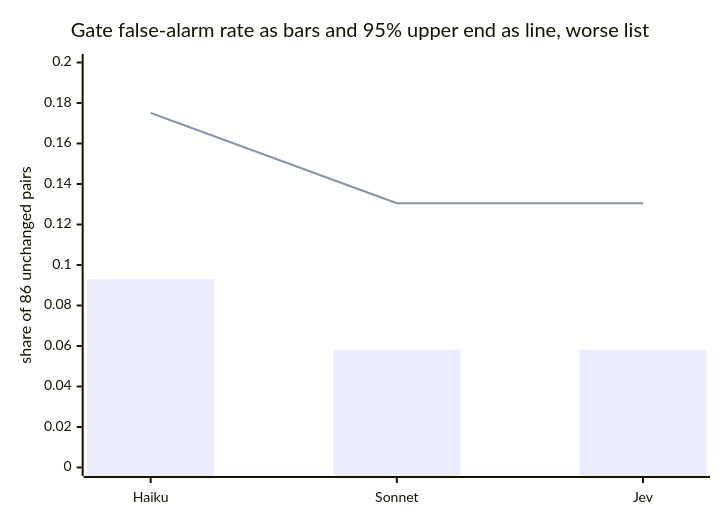
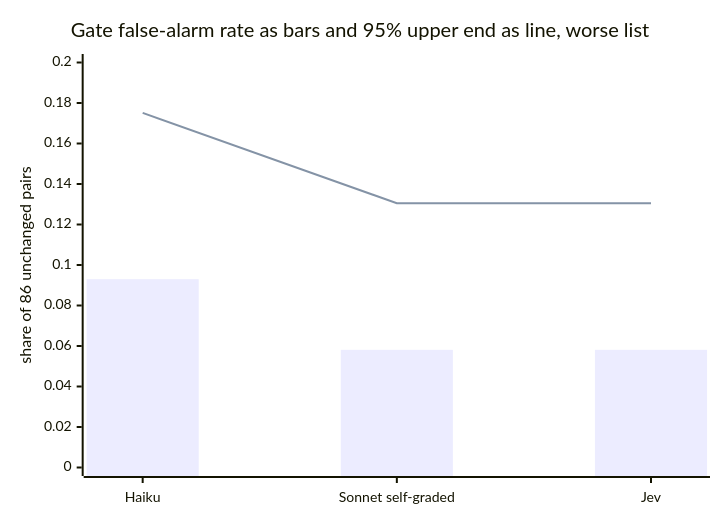
The third of 8 diagrams in src/rnd/v0.2.2/2026.09.30-lupin-af-documentation-rewrite-plan/2026.10.01-claim-judge-comparison-jev-haiku-sonnet.md (deepily/lupin), drawn with Mermaid before and after one commit. The commit also changed other lines of this file, not shown here.

First line of the commit message:
[LUPIN] Row 0fc47c13: judge comparison report, Tiberius's conditions (self-grading disclosure, R.2, five edits)

````diff
--- a/src/rnd/v0.2.2/2026.09.30-lupin-af-documentation-rewrite-plan/2026.10.01-claim-judge-comparison-jev-haiku-sonnet.md
+++ b/src/rnd/v0.2.2/2026.09.30-lupin-af-documentation-rewrite-plan/2026.10.01-claim-judge-comparison-jev-haiku-sonnet.md
@@ -112,8 +116,8 @@
 ```mermaid
 xychart-beta
     title "Gate false-alarm rate as bars and 95% upper end as line, worse list"
-    x-axis ["Haiku", "Sonnet", "Jev"]
+    x-axis ["Haiku", "Sonnet self-graded", "Jev"]
     y-axis "share of 86 unchanged pairs" 0 --> 0.20
     bar [0.0930, 0.0581, 0.0581]
     line [0.1751, 0.1305, 0.1305]
 ```
````
